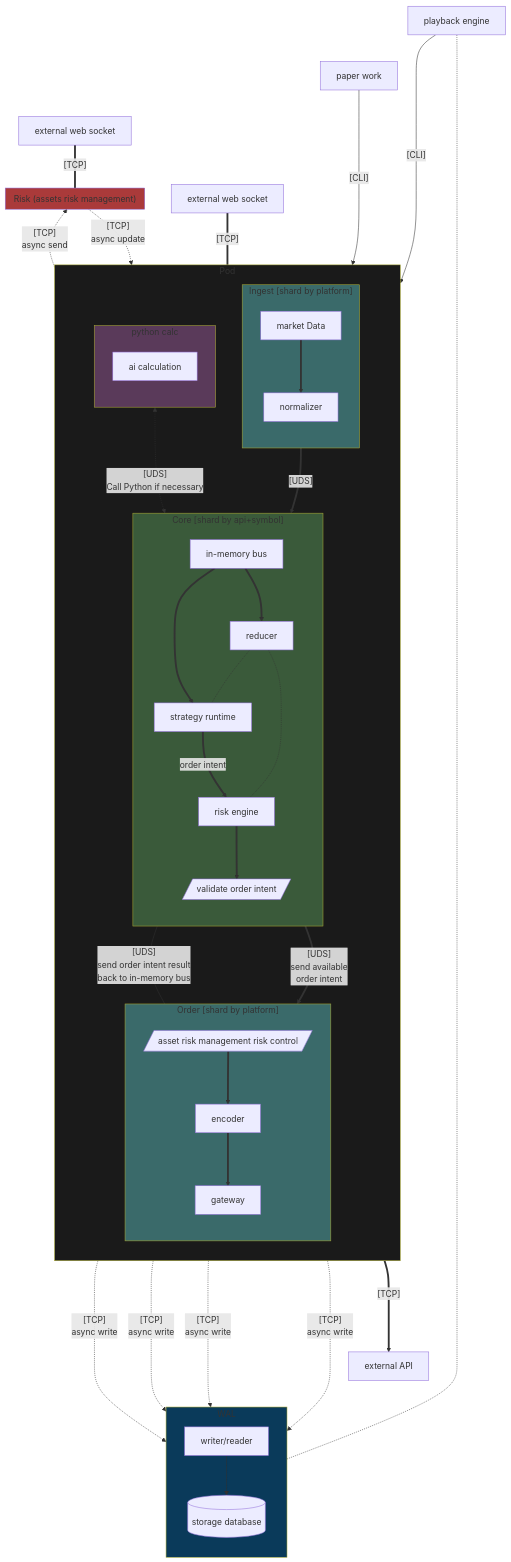
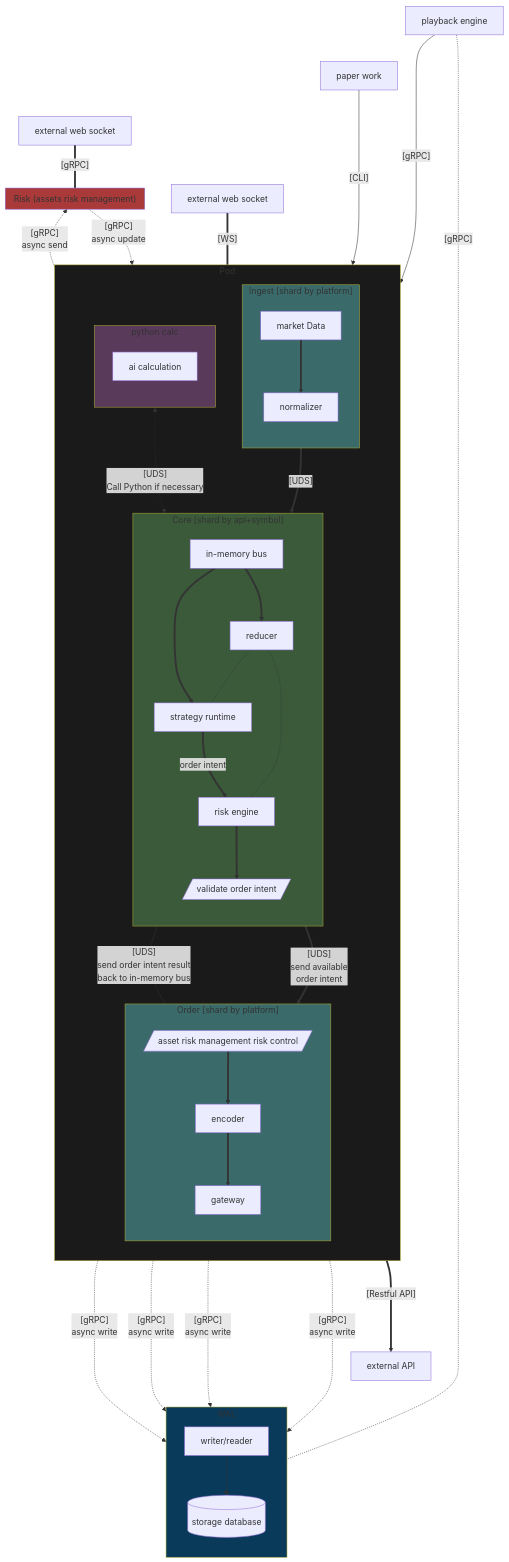
Before and after one commit to yanun0323/go-hft: the diagram in README.md, drawn with Mermaid. The commit also changed other lines of this file, not shown here.

```diff
--- a/README.md
+++ b/README.md
@@ -8,12 +8,12 @@
 ---
 
 graph TB
-    EWS[external web socket] ===|"[TCP]"| Ingest
+    EWS[external web socket] ===|"[WS]"| Ingest
 
     PPW[paper work]
     PBE[playback engine]
-    PBE -....- WAL 
-    PBE ----->|"[CLI]"| Core
+    PBE -....-|"[gRPC]"| WAL 
+    PBE ----->|"[gRPC]"| Core
     PPW ---->|"[CLI]"| Core
 
     subgraph Pod[Pod]
@@ -74,13 +74,13 @@
         end
     end
 
-    OGW ===>|"[TCP]"| EAPI
+    OGW ===>|"[Restful API]"| EAPI
     EAPI[external API]
 
 
-    EWS2[external web socket] ===|"[TCP]"| Risk
-    RKF -.->|"[TCP]
-    async send"| Risk -.->|"[TCP]
+    EWS2[external web socket] ===|"[gRPC]"| Risk
+    RKF -.->|"[gRPC]
+    async send"| Risk -.->|"[gRPC]
     async update"| OFI
     subgraph Risk["Risk (assets risk management)"]
         direction TB %%
@@ -89,16 +89,16 @@
 
 
     
-    NML -.->|"[TCP]
+    NML -.->|"[gRPC]
     async write"| WAL
 
-    RKF -.->|"[TCP]
+    RKF -.->|"[gRPC]
     async write"| WAL
 
-    OFI -...->|"[TCP]
+    OFI -...->|"[gRPC]
     async write"| WAL
 
-    OGW -.->|"[TCP]
+    OGW -.->|"[gRPC]
     async write"| WAL
 
     IMB ---|"[UDS]
```
